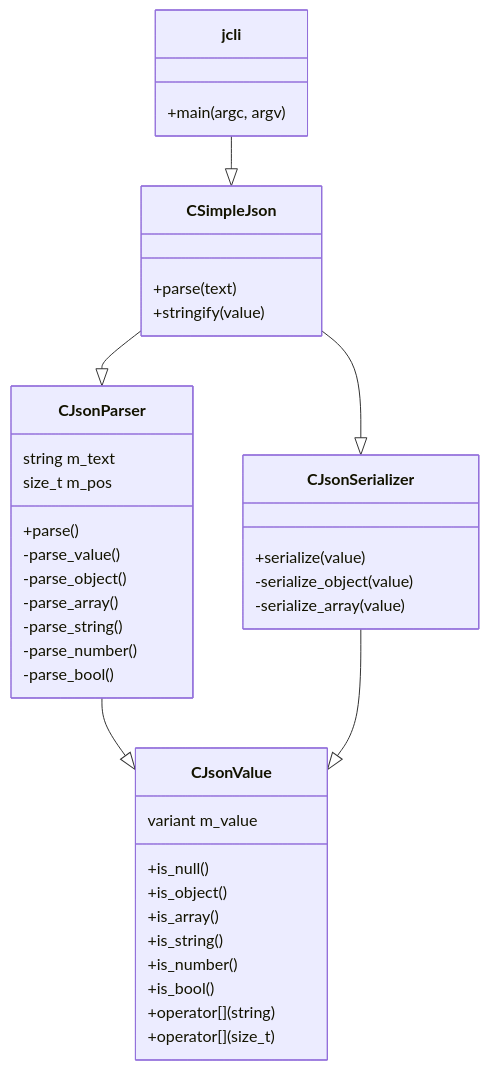
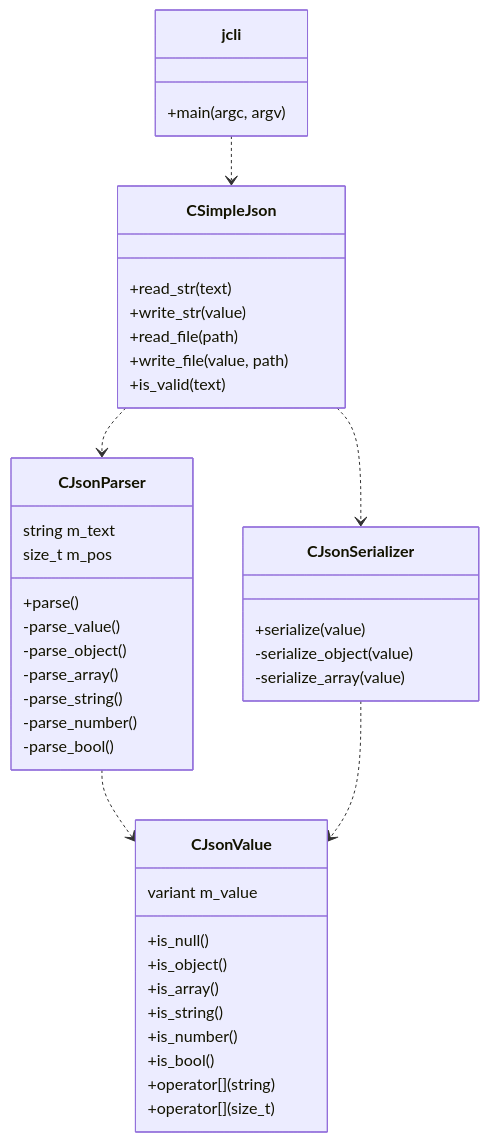
One commit to ma7moud111/json_parser_cpp_library changed the diagram in README.md. Above: the diagram before and after it, drawn with Mermaid.

````diff
--- a/README.md
+++ b/README.md
@@ -244,48 +244,51 @@
 ```mermaid
 classDiagram
 
 class CJsonValue {
   variant m_value
   +is_null()
   +is_object()
   +is_array()
   +is_string()
   +is_number()
   +is_bool()
   +operator[](string)
   +operator[](size_t)
 }
 
 class CJsonParser {
   string m_text
   size_t m_pos
   +parse()
   -parse_value()
   -parse_object()
   -parse_array()
   -parse_string()
   -parse_number()
   -parse_bool()
 }
 
 class CJsonSerializer {
   +serialize(value)
   -serialize_object(value)
   -serialize_array(value)
 }
 
 class CSimpleJson {
-  +parse(text)
-  +stringify(value)
+  +read_str(text)
+  +write_str(value)
+  +read_file(path)
+  +write_file(value, path)
+  +is_valid(text)
 }
 
 class jcli {
   +main(argc, argv)
 }
 
-CJsonParser --|> CJsonValue
-CJsonSerializer --|> CJsonValue
-CSimpleJson --|> CJsonParser
-CSimpleJson --|> CJsonSerializer
-jcli --|> CSimpleJson
+CSimpleJson ..> CJsonParser
+CSimpleJson ..> CJsonSerializer
+CJsonParser ..> CJsonValue
+CJsonSerializer ..> CJsonValue
+jcli ..> CSimpleJson
 ```
````
